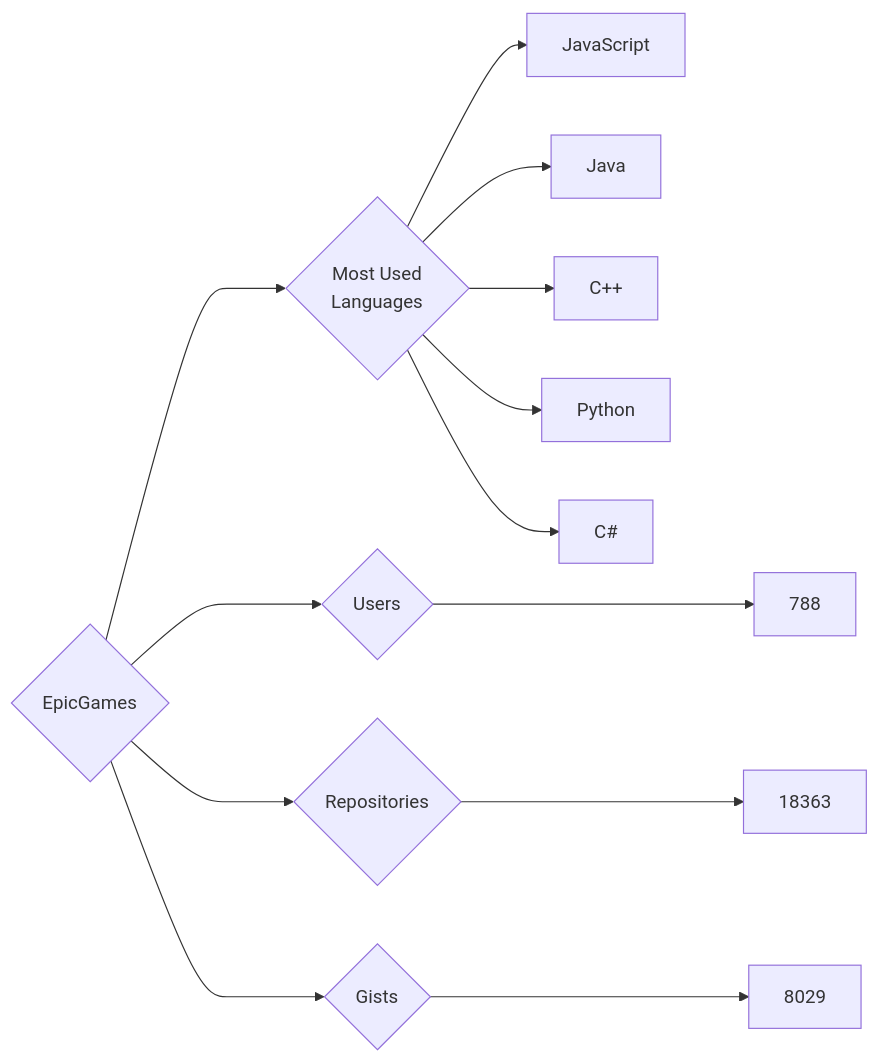
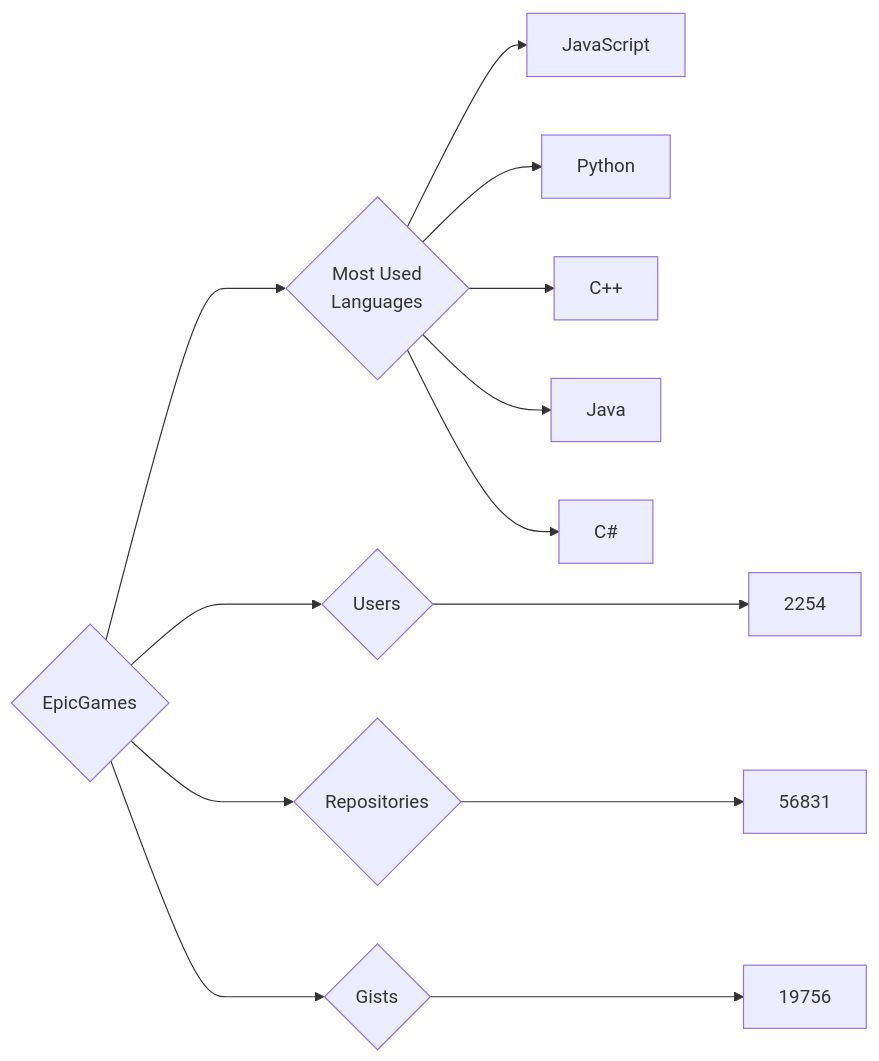
Before and after one commit to trickest/insiders: the diagram in targets/EpicGames/README.md, drawn with Mermaid. The commit also changed 745 other files, not shown here.

````diff
--- a/targets/EpicGames/README.md
+++ b/targets/EpicGames/README.md
@@ -3,13 +3,13 @@
 ```mermaid
 graph LR
 COMPANY_NAME{EpicGames}
-COMPANY_NAME ---> U{Users} ---> UN[788]
-COMPANY_NAME ---> R{Repositories} ---> RN[18363]
-COMPANY_NAME ---> G{Gists} ---> GN[8029]
+COMPANY_NAME ---> U{Users} ---> UN[2254]
+COMPANY_NAME ---> R{Repositories} ---> RN[56831]
+COMPANY_NAME ---> G{Gists} ---> GN[19756]
 COMPANY_NAME ---> ML{Most Used<br>Languages}
 ML --> JavaScript[JavaScript]
+ML --> Python[Python]
+ML --> C++[C++]
 ML --> Java[Java]
-ML --> C++[C++]
-ML --> Python[Python]
 ML --> C#[C#]
 ```
````
